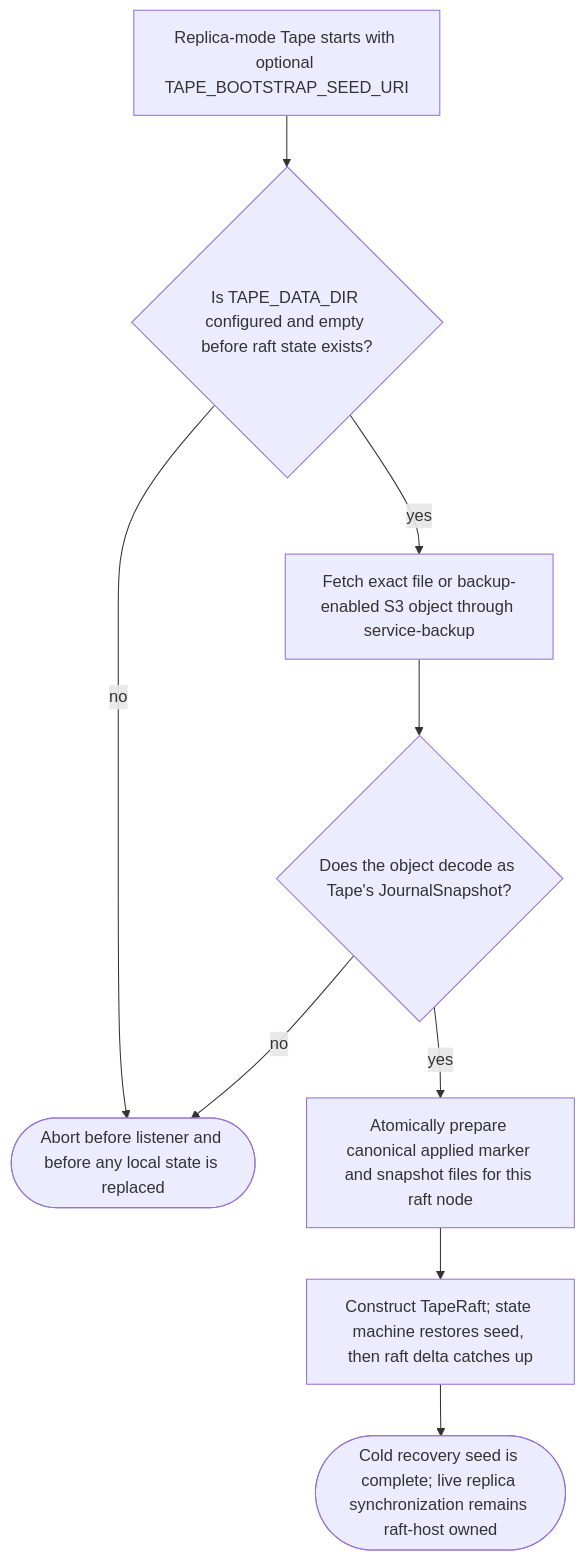
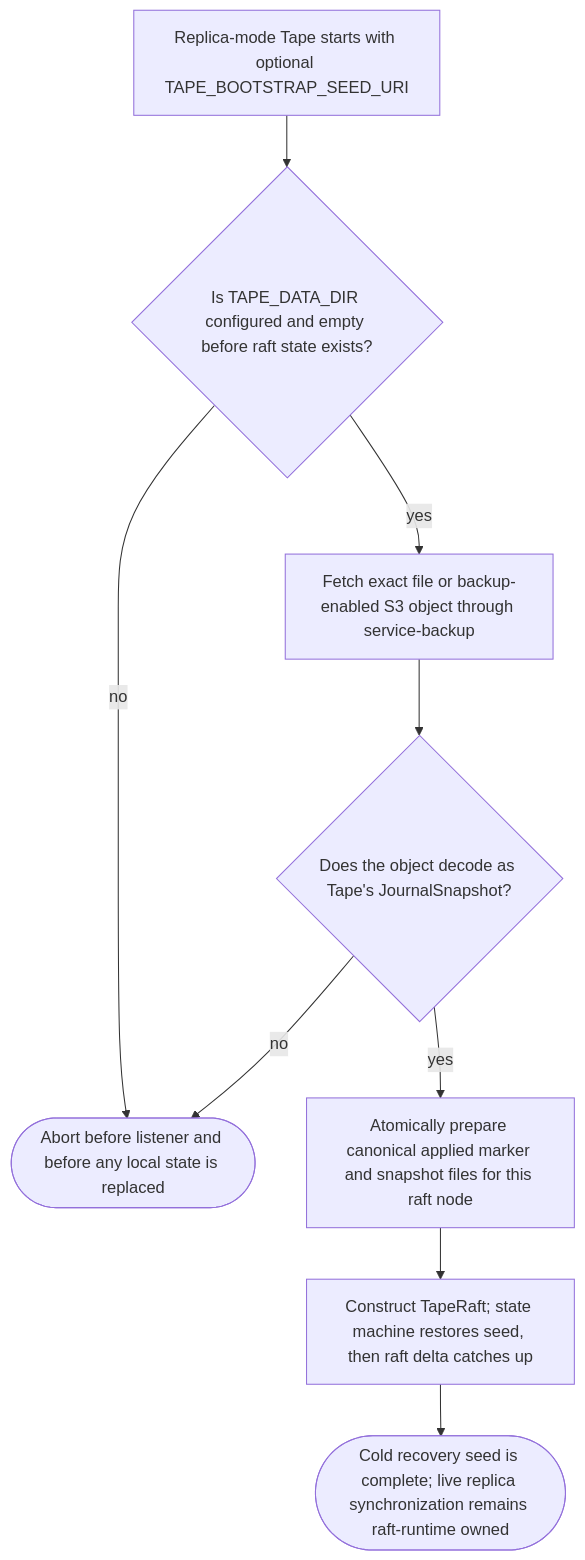
One commit to chrischeng-c4/axiom changed the diagram in apps/tape/tech-design/logic/seed-empty-pvcs-from-a-backup-snapshot-before-raft-catch-up.md. Above: the diagram before and after it, drawn with Mermaid. The commit also changed 186 other files, not shown here.

````diff
--- a/apps/tape/tech-design/logic/seed-empty-pvcs-from-a-backup-snapshot-before-raft-catch-up.md
+++ b/apps/tape/tech-design/logic/seed-empty-pvcs-from-a-backup-snapshot-before-raft-catch-up.md
@@ -10,49 +10,49 @@
 ```mermaid
 ---
 id: tape-empty-pvc-bootstrap-contract
 entry: seed
 nodes:
   seed:
     kind: start
     label: "Replica-mode Tape starts with optional TAPE_BOOTSTRAP_SEED_URI"
   guard:
     kind: decision
     label: "Is TAPE_DATA_DIR configured and empty before raft state exists?"
   reject:
     kind: terminal
     label: "Abort before listener and before any local state is replaced"
   fetch:
     kind: process
     label: "Fetch exact file:// or backup-enabled s3:// object through service-backup"
   decode:
     kind: decision
     label: "Does the object decode as Tape's JournalSnapshot?"
   persist:
     kind: process
     label: "Atomically prepare the canonical applied marker and snapshot files for this raft node"
   raft:
     kind: process
     label: "Construct TapeRaft; state machine restores seed, then raft log/snapshot delta catches up"
   done:
     kind: terminal
-    label: "Cold recovery seed is complete; normal live replica synchronization remains raft-host owned"
+    label: "Cold recovery seed is complete; normal live replica synchronization remains raft-runtime owned"
 edges:
   - { from: seed, to: guard }
   - { from: guard, to: reject, label: "no" }
   - { from: guard, to: fetch, label: "yes" }
   - { from: fetch, to: decode }
   - { from: decode, to: reject, label: "no" }
   - { from: decode, to: persist, label: "yes" }
   - { from: persist, to: raft }
   - { from: raft, to: done }
 ---
 flowchart TD
     seed[Replica-mode Tape starts with optional TAPE_BOOTSTRAP_SEED_URI] --> guard{Is TAPE_DATA_DIR configured and empty before raft state exists?}
     guard -->|no| reject([Abort before listener and before any local state is replaced])
     guard -->|yes| fetch[Fetch exact file or backup-enabled S3 object through service-backup]
     fetch --> decode{Does the object decode as Tape's JournalSnapshot?}
     decode -->|no| reject
     decode -->|yes| persist[Atomically prepare canonical applied marker and snapshot files for this raft node]
     persist --> raft[Construct TapeRaft; state machine restores seed, then raft delta catches up]
-    raft --> done([Cold recovery seed is complete; live replica synchronization remains raft-host owned])
+    raft --> done([Cold recovery seed is complete; live replica synchronization remains raft-runtime owned])
 ```
````
